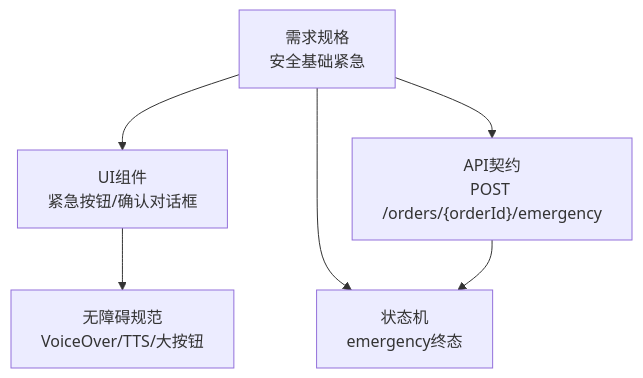
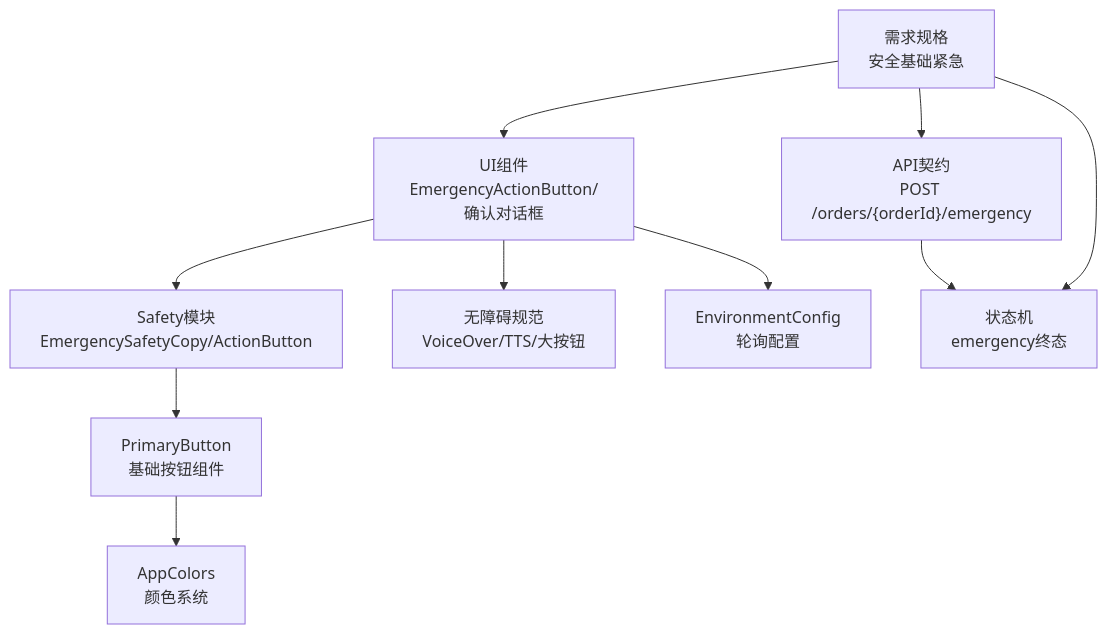
Before and after one commit to Jayden23018/blind-run-ios: the seventh of 7 diagrams in .qoder/repowiki/zh/content/核心功能模块/盲人跑者功能/紧急求助功能.md, drawn with Mermaid. The commit also changed other lines of this file and 11 other files, not shown here.

````diff
--- a/.qoder/repowiki/zh/content/核心功能模块/盲人跑者功能/紧急求助功能.md
+++ b/.qoder/repowiki/zh/content/核心功能模块/盲人跑者功能/紧急求助功能.md
@@ -221,13 +319,21 @@
 ```mermaid
 graph TB
 Spec["需求规格<br/>安全基础紧急"]
-UI["UI组件<br/>紧急按钮/确认对话框"]
+UI["UI组件<br/>EmergencyActionButton/确认对话框"]
+Safety["Safety模块<br/>EmergencySafetyCopy/ActionButton"]
 VO["无障碍规范<br/>VoiceOver/TTS/大按钮"]
 API["API契约<br/>POST /orders/{orderId}/emergency"]
 State["状态机<br/>emergency终态"]
+Primary["PrimaryButton<br/>基础按钮组件"]
+Colors["AppColors<br/>颜色系统"]
+Env["EnvironmentConfig<br/>轮询配置"]
 Spec --> UI
 Spec --> API
 Spec --> State
+UI --> Safety
+Safety --> Primary
+Primary --> Colors
 UI --> VO
 API --> State
+UI --> Env
 ```
````
